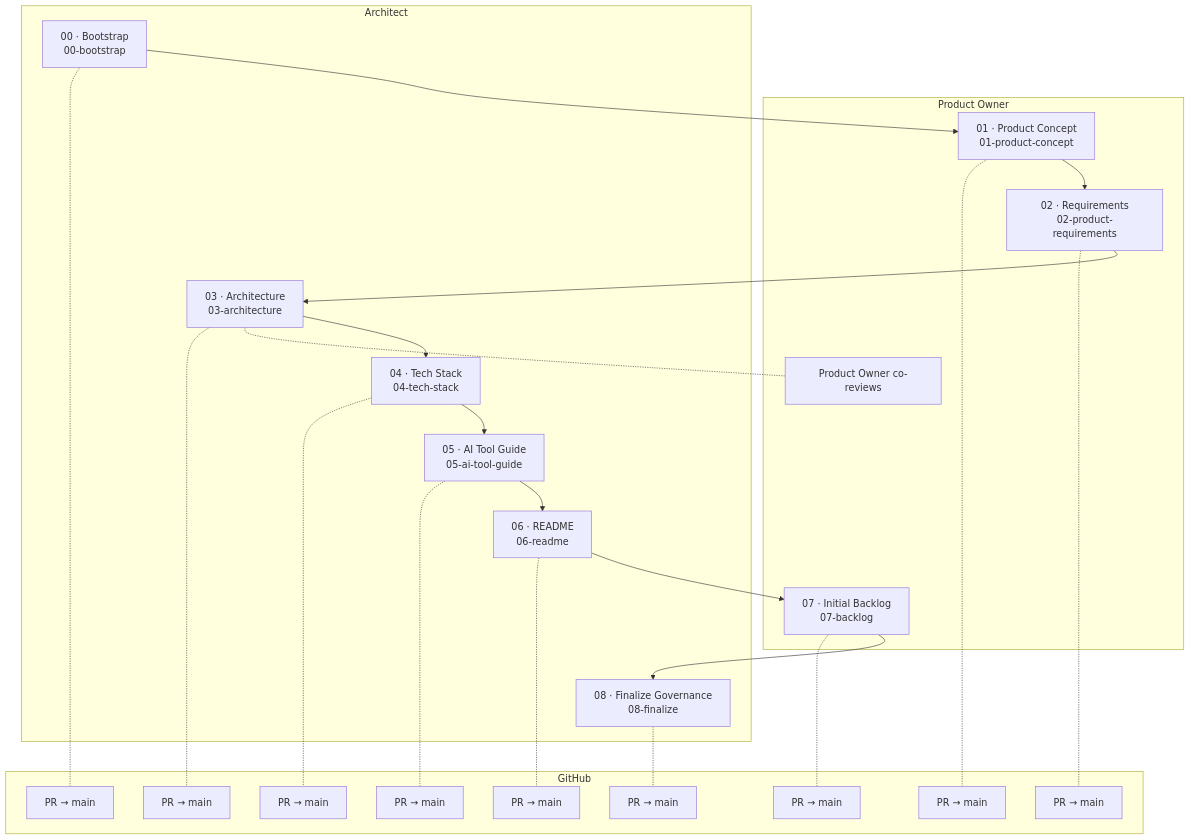
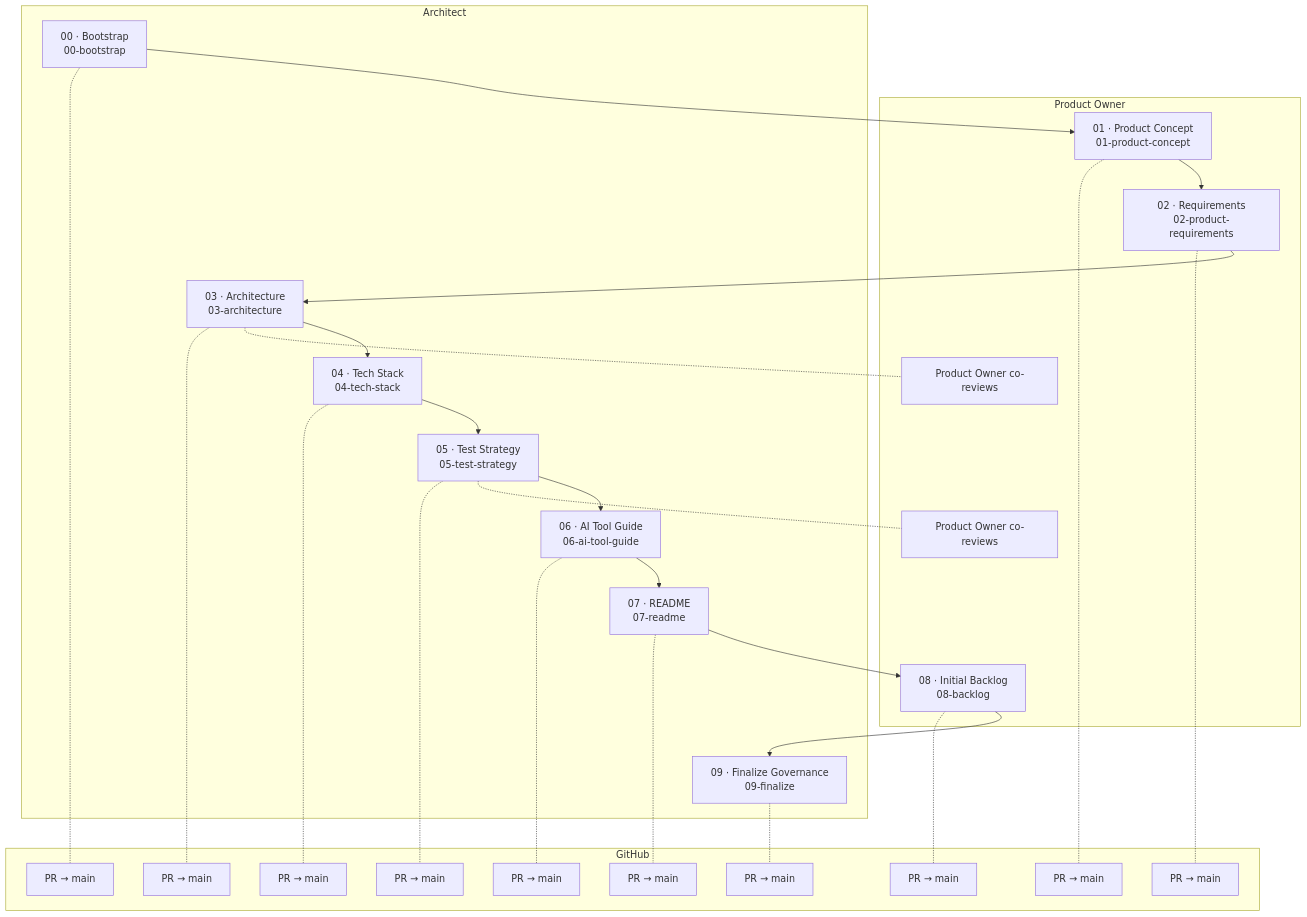
Before and after one commit to viralparikh-dev/cuevik-plugins: the first of 3 diagrams in docs/guides/Cuevik-Plugins_Walkthrough.md, drawn with Mermaid. The commit also changed other lines of this file and 52 other files, not shown here.

First line of the commit message:
feat(start): add 05-test-strategy, renumber 05-08 to 06-09, add migrate (#65)

````diff
--- a/docs/guides/Cuevik-Plugins_Walkthrough.md
+++ b/docs/guides/Cuevik-Plugins_Walkthrough.md
@@ -80,46 +80,52 @@
 ```mermaid
 flowchart TB
   subgraph PO["Product Owner"]
     M1["01 · Product Concept<br/>01-product-concept"]
     M2["02 · Requirements<br/>02-product-requirements"]
     S3_1["Product Owner co-reviews"]
-    M7["07 · Initial Backlog<br/>07-backlog"]
+    S5_1["Product Owner co-reviews"]
+    M8["08 · Initial Backlog<br/>08-backlog"]
   end
   subgraph AR["Architect"]
     M0["00 · Bootstrap<br/>00-bootstrap"]
     M3["03 · Architecture<br/>03-architecture"]
     M4["04 · Tech Stack<br/>04-tech-stack"]
-    M5["05 · AI Tool Guide<br/>05-ai-tool-guide"]
-    M6["06 · README<br/>06-readme"]
-    M8["08 · Finalize Governance<br/>08-finalize"]
+    M5["05 · Test Strategy<br/>05-test-strategy"]
+    M6["06 · AI Tool Guide<br/>06-ai-tool-guide"]
+    M7["07 · README<br/>07-readme"]
+    M9["09 · Finalize Governance<br/>09-finalize"]
   end
   subgraph GH["GitHub"]
     S0_0["PR → main"]
     S1_0["PR → main"]
     S2_0["PR → main"]
     S3_0["PR → main"]
     S4_0["PR → main"]
     S5_0["PR → main"]
     S6_0["PR → main"]
     S7_0["PR → main"]
     S8_0["PR → main"]
+    S9_0["PR → main"]
   end
   M0 -.- S0_0
   M0 --> M1
   M1 -.- S1_0
   M1 --> M2
   M2 -.- S2_0
   M2 --> M3
   M3 -.- S3_0
   M3 -.- S3_1
   M3 --> M4
   M4 -.- S4_0
   M4 --> M5
   M5 -.- S5_0
+  M5 -.- S5_1
   M5 --> M6
   M6 -.- S6_0
   M6 --> M7
   M7 -.- S7_0
   M7 --> M8
   M8 -.- S8_0
+  M8 --> M9
+  M9 -.- S9_0
 ```
````
